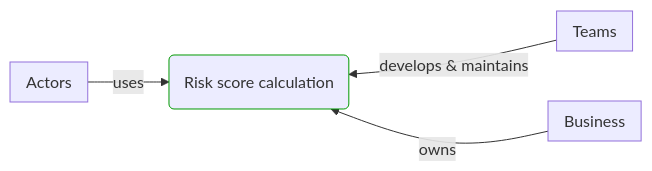
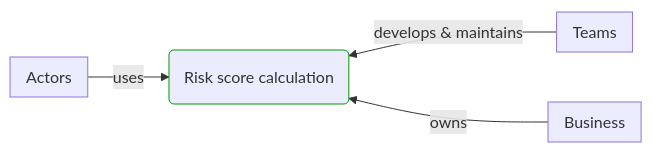
Before and after one commit to itlibrium/DDD-starter-dotnet: the fourth of 4 diagrams in Docs/P3/MermaidOutput/Processes/Risk management/Risk score calculation/Risk score calculation.md, drawn with Mermaid. The commit also changed other lines of this file and 174 other files, not shown here.

````diff
--- a/Docs/P3/MermaidOutput/Processes/Risk management/Risk score calculation/Risk score calculation.md
+++ b/Docs/P3/MermaidOutput/Processes/Risk management/Risk score calculation/Risk score calculation.md
@@ -65,25 +65,25 @@
 ```mermaid
   flowchart LR
     subgraph 0["Actors"]
       direction TB
     end
     1(Risk score calculation)
     class 1 DomainPerspective
     0-->|uses|1
     subgraph 2["Teams"]
       direction TB
     end
+    1---2
+    2-->|develops & maintains|1
     2---1
-    2-->|develops & maintains|1
-    1---2
     subgraph 3["Business"]
       direction TB
     end
+    1---3
+    3-->|owns|1
     3---1
-    3-->|owns|1
-    1---3
     linkStyle 1,3,4,6 stroke:none
     classDef DomainPerspective stroke:#009900
     classDef TechnologyPerspective stroke:#1F41EB
     classDef PeoplePerspective stroke:#FFF014
 ```
````
